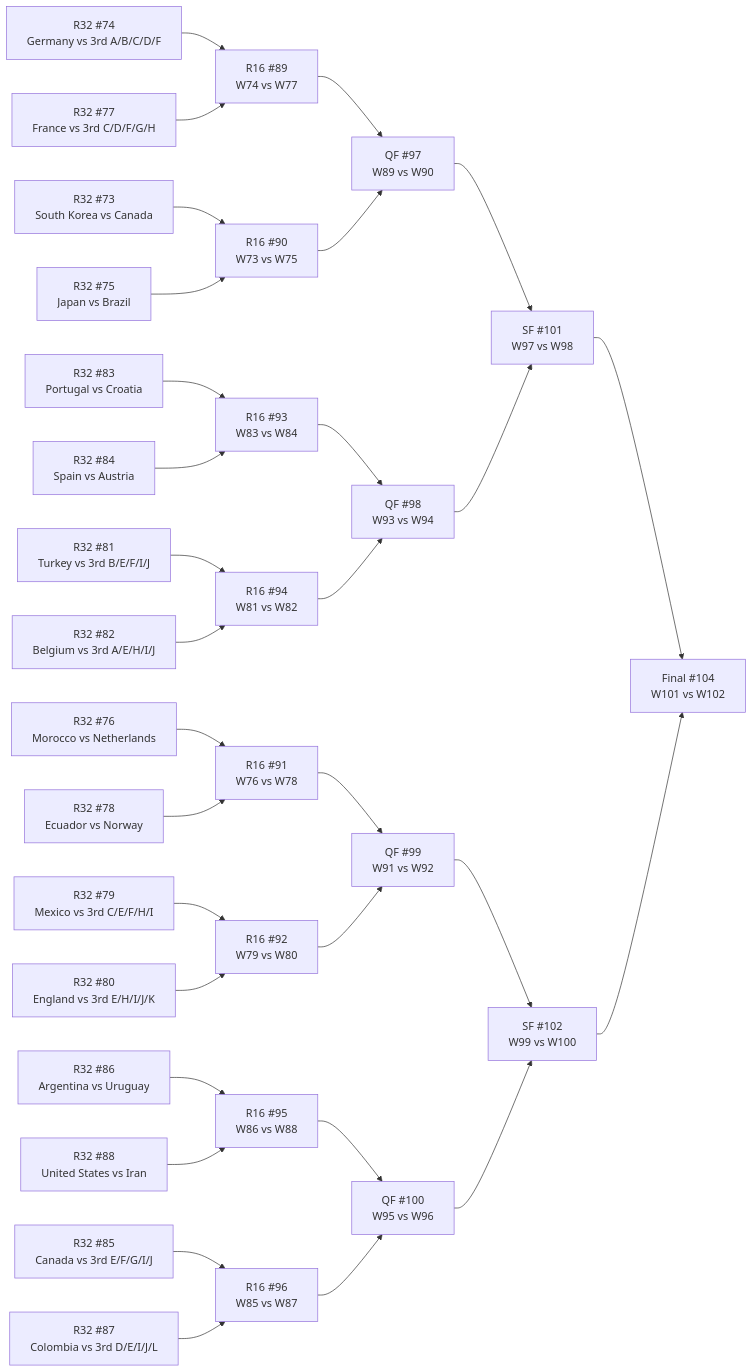
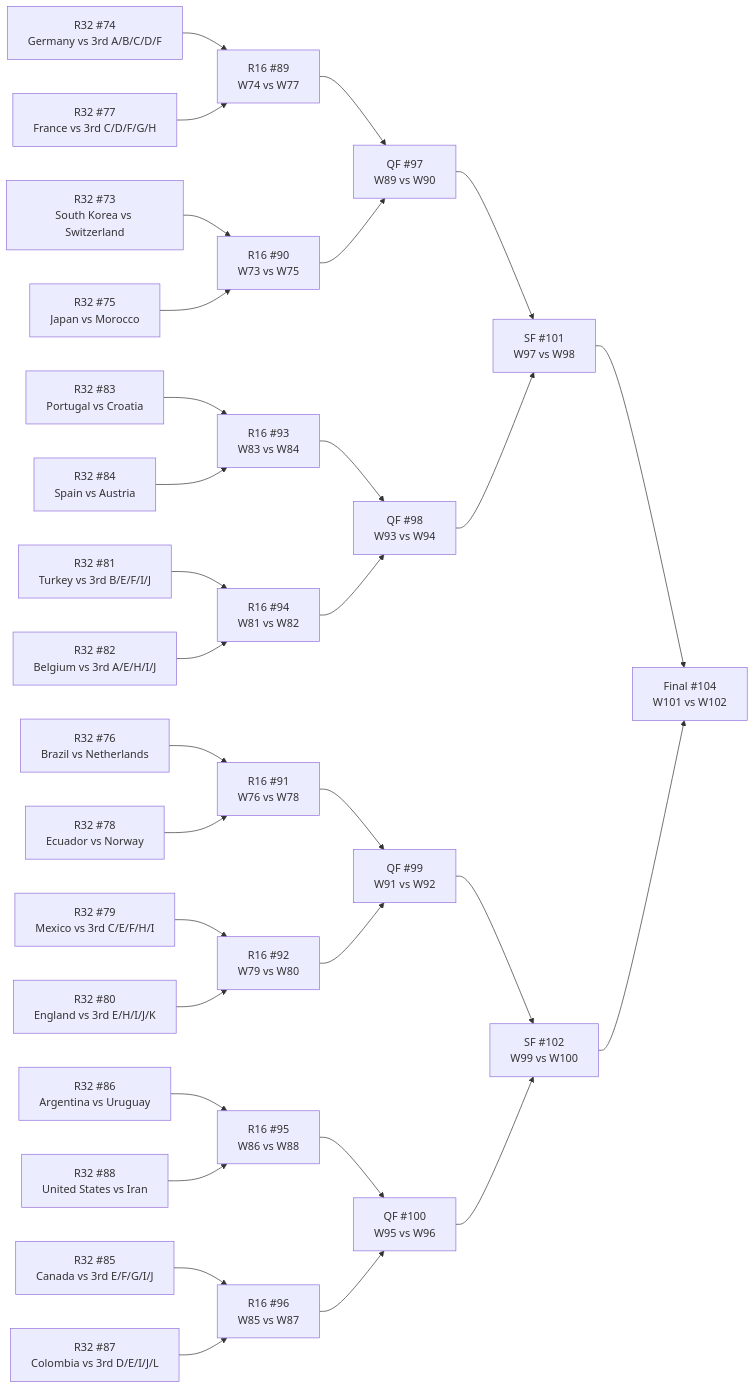
One commit to Tutai-Tran/WC-2026-predictor changed the diagram in WC vault/_bracket.md. Above: the diagram before and after it, drawn with Mermaid. The commit also changed 216 other files, not shown here.

````diff
--- a/WC vault/_bracket.md
+++ b/WC vault/_bracket.md
@@ -11,64 +11,64 @@
 ```mermaid
 flowchart LR
-  M73["R32 #73<br>South Korea vs Canada"]
+  M73["R32 #73<br>South Korea vs Switzerland"]
   M74["R32 #74<br>Germany vs 3rd A/B/C/D/F"]
-  M75["R32 #75<br>Japan vs Brazil"]
-  M76["R32 #76<br>Morocco vs Netherlands"]
+  M75["R32 #75<br>Japan vs Morocco"]
+  M76["R32 #76<br>Brazil vs Netherlands"]
   M77["R32 #77<br>France vs 3rd C/D/F/G/H"]
   M78["R32 #78<br>Ecuador vs Norway"]
   M79["R32 #79<br>Mexico vs 3rd C/E/F/H/I"]
   M80["R32 #80<br>England vs 3rd E/H/I/J/K"]
   M81["R32 #81<br>Turkey vs 3rd B/E/F/I/J"]
   M82["R32 #82<br>Belgium vs 3rd A/E/H/I/J"]
   M83["R32 #83<br>Portugal vs Croatia"]
   M84["R32 #84<br>Spain vs Austria"]
   M85["R32 #85<br>Canada vs 3rd E/F/G/I/J"]
   M86["R32 #86<br>Argentina vs Uruguay"]
   M87["R32 #87<br>Colombia vs 3rd D/E/I/J/L"]
   M88["R32 #88<br>United States vs Iran"]
   M89["R16 #89<br>W74 vs W77"]
   M90["R16 #90<br>W73 vs W75"]
   M91["R16 #91<br>W76 vs W78"]
   M92["R16 #92<br>W79 vs W80"]
   M93["R16 #93<br>W83 vs W84"]
   M94["R16 #94<br>W81 vs W82"]
   M95["R16 #95<br>W86 vs W88"]
   M96["R16 #96<br>W85 vs W87"]
   M97["QF #97<br>W89 vs W90"]
   M98["QF #98<br>W93 vs W94"]
   M99["QF #99<br>W91 vs W92"]
   M100["QF #100<br>W95 vs W96"]
   M101["SF #101<br>W97 vs W98"]
   M102["SF #102<br>W99 vs W100"]
   M104["Final #104<br>W101 vs W102"]
   M74 --> M89
   M77 --> M89
   M73 --> M90
   M75 --> M90
   M76 --> M91
   M78 --> M91
   M79 --> M92
   M80 --> M92
   M83 --> M93
   M84 --> M93
   M81 --> M94
   M82 --> M94
   M86 --> M95
   M88 --> M95
   M85 --> M96
   M87 --> M96
   M89 --> M97
   M90 --> M97
   M93 --> M98
   M94 --> M98
   M91 --> M99
   M92 --> M99
   M95 --> M100
   M96 --> M100
   M97 --> M101
   M98 --> M101
   M99 --> M102
   M100 --> M102
   M101 --> M104
   M102 --> M104
 ```
````
